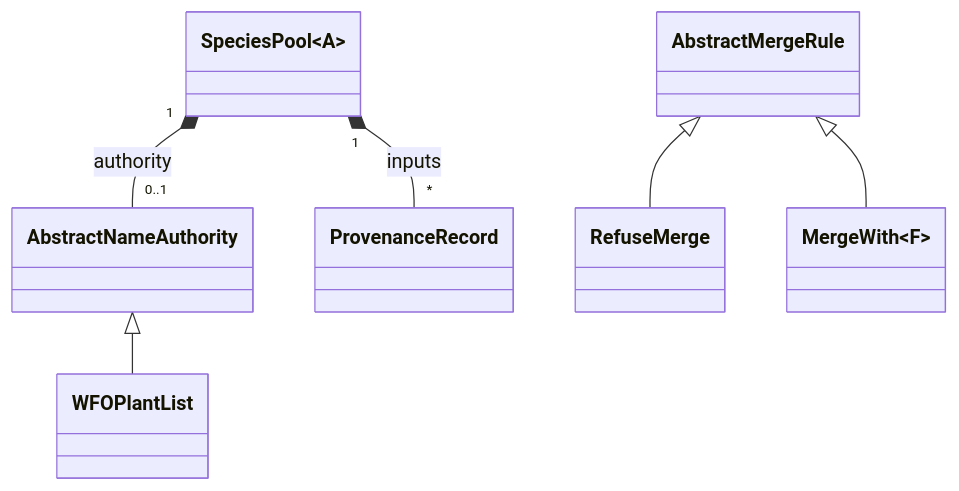
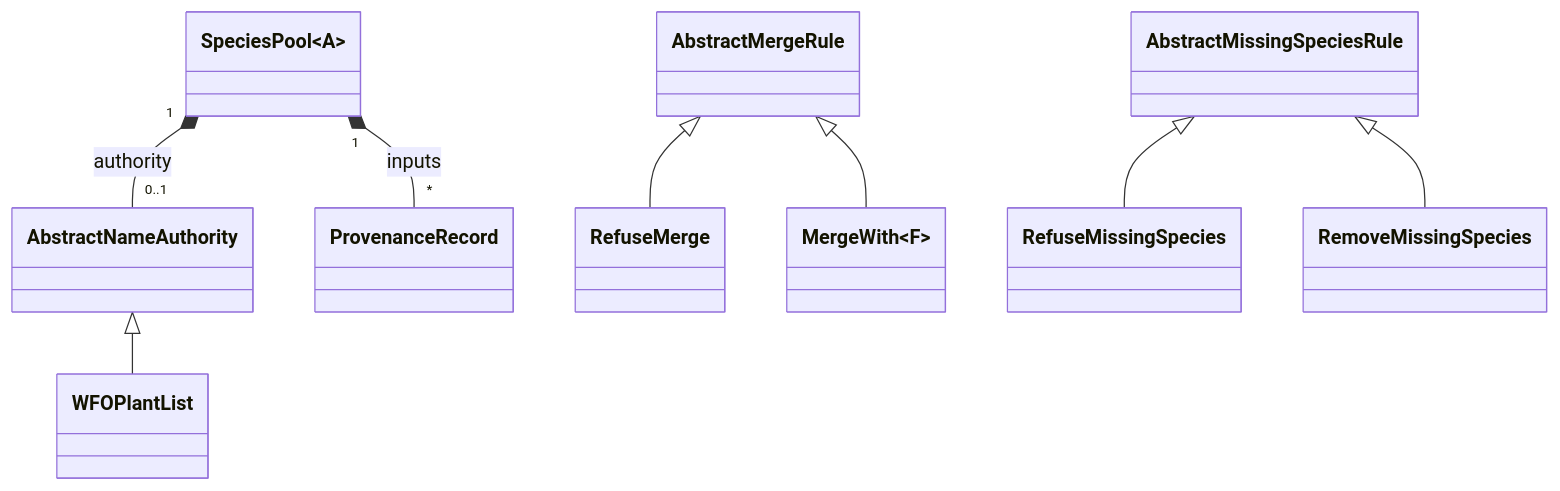
Diagram 15 of 28 in data/architecture.md (EcoJulia/EcoSISTEM.jl), drawn with Mermaid before and after one commit. The commit also changed other lines of this file and 18 other files, not shown here.

````diff
--- a/data/architecture.md
+++ b/data/architecture.md
@@ -908,13 +908,16 @@
 ```mermaid
 classDiagram
     class SpeciesPool~A~
     class AbstractNameAuthority
     class AbstractMergeRule
     class MergeWith~F~
+    class AbstractMissingSpeciesRule
     class ProvenanceRecord
     AbstractNameAuthority <|-- WFOPlantList
     AbstractMergeRule <|-- RefuseMerge
     AbstractMergeRule <|-- MergeWith
+    AbstractMissingSpeciesRule <|-- RefuseMissingSpecies
+    AbstractMissingSpeciesRule <|-- RemoveMissingSpecies
     SpeciesPool "1" *-- "0..1" AbstractNameAuthority : authority
     SpeciesPool "1" *-- "*" ProvenanceRecord : inputs
 ```
````
